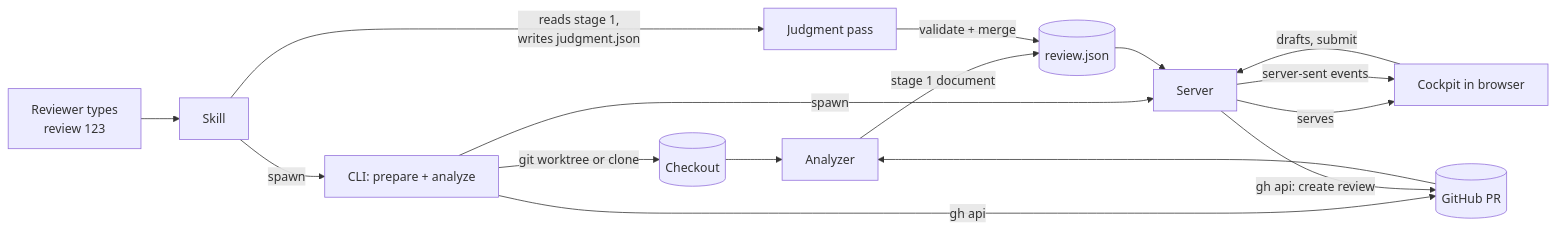
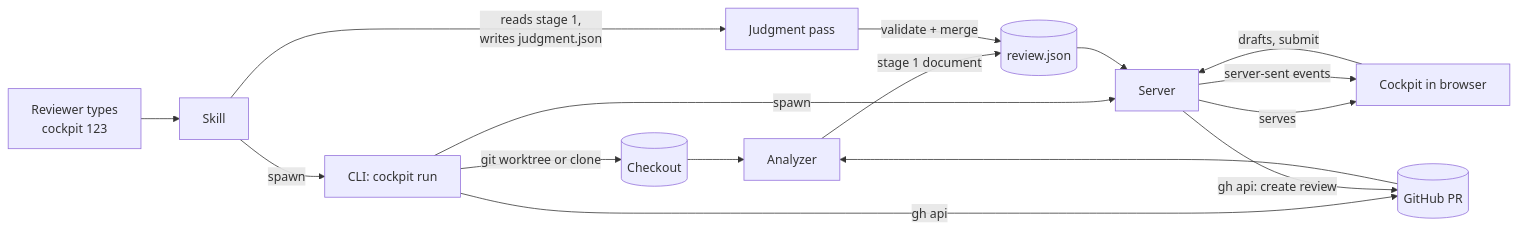
Before and after one commit to zalts1/pr-review-cockpit: the first of 2 diagrams in docs/02-architecture.md, drawn with Mermaid. The commit also changed other lines of this file and 5 other files, not shown here.

````diff
--- a/docs/02-architecture.md
+++ b/docs/02-architecture.md
@@ -25,18 +25,18 @@
 ```mermaid
 flowchart LR
-  U[Reviewer types<br/>review 123] --> S[Skill]
-  S -->|spawn| C[CLI: prepare + analyze]
+  U[Reviewer types<br/>cockpit 123] --> S[Skill]
+  S -->|spawn| C[CLI: cockpit run]
   C -->|git worktree or clone| W[(Checkout)]
   C -->|gh api| GH[(GitHub PR)]
   W --> A[Analyzer]
   GH --> A
   A -->|stage 1 document| D[(review.json)]
   C -->|spawn| SV[Server]
   D --> SV
   SV -->|serves| UI[Cockpit in browser]
   S -->|reads stage 1,<br/>writes judgment.json| J[Judgment pass]
   J -->|validate + merge| D
   SV -->|server-sent events| UI
   UI -->|drafts, submit| SV
   SV -->|gh api: create review| GH
 ```
````
